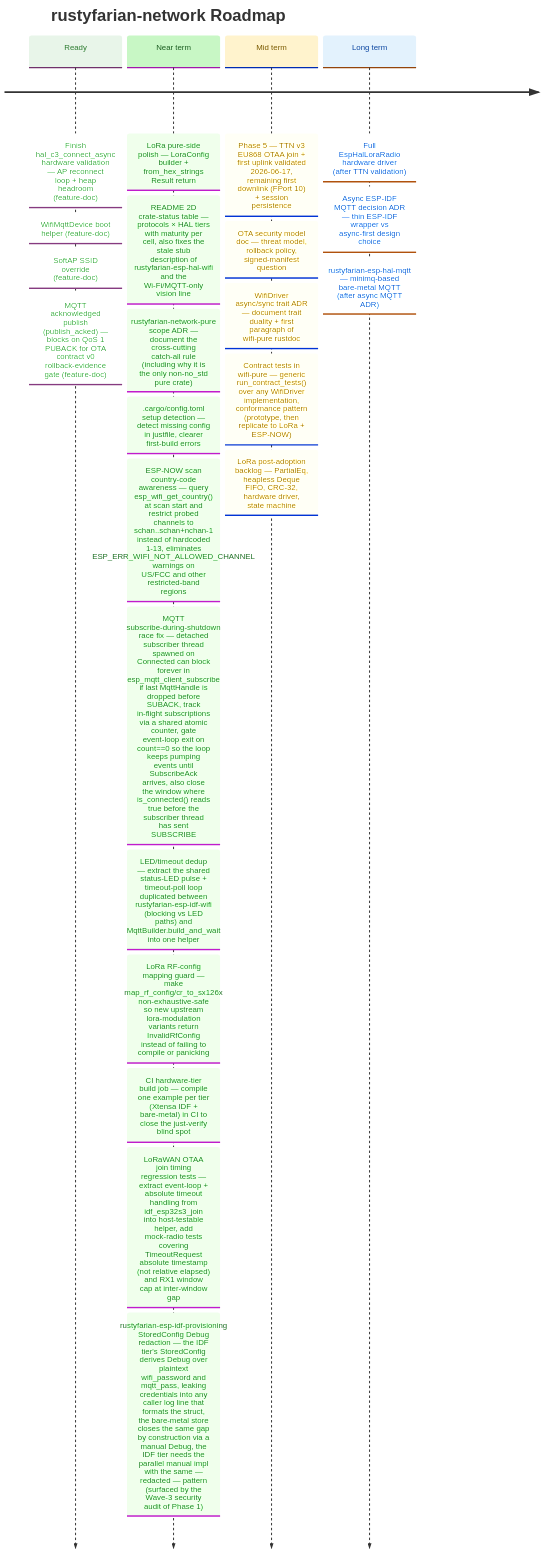
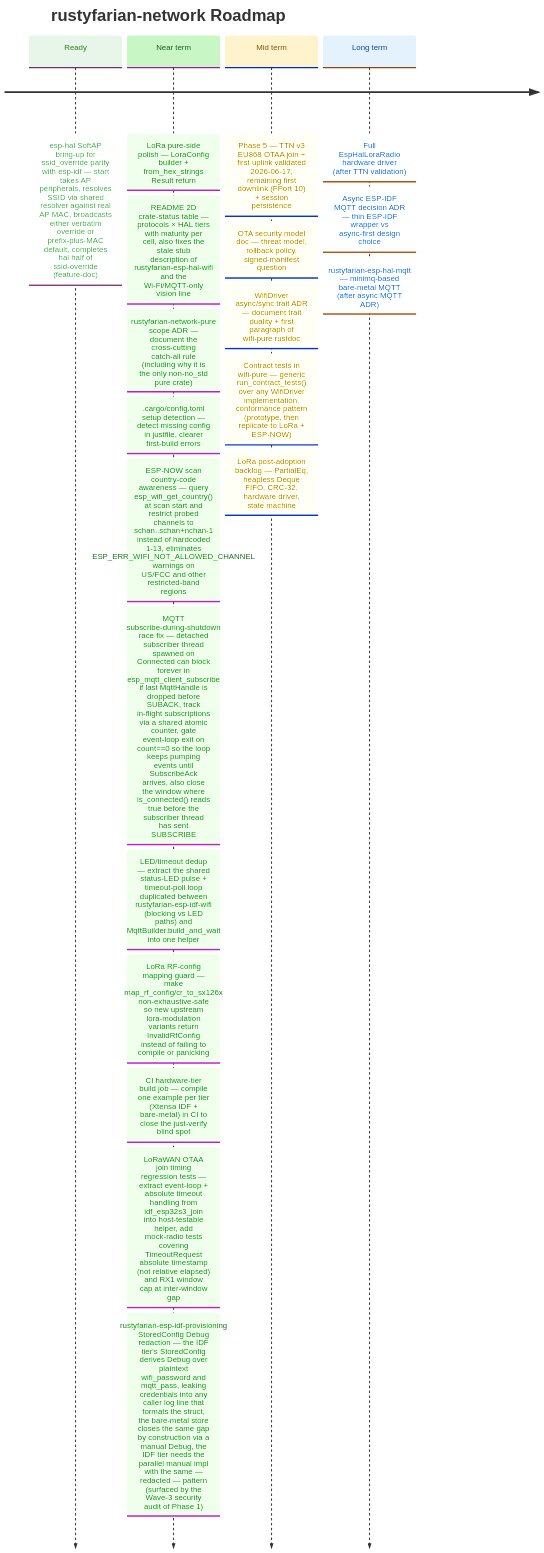
The diagram in docs/ROADMAP.md (datenkollektiv/rustyfarian-network), drawn with Mermaid before and after one commit. The commit also changed 4 other files, not shown here.

Commit message:
Roadmap Hygiene — 2026-06-16

````diff
--- a/docs/ROADMAP.md
+++ b/docs/ROADMAP.md
@@ -18,45 +18,42 @@
 ```mermaid
 %%{init: {
   "theme": "base",
   "themeVariables": {
     "cScale0": "#e8f5e9",
     "cScaleLabel0": "#2e7d32",
     "cScale1": "#c8f7c5",
     "cScaleLabel1": "#1b5e20",
     "cScale2": "#fff3cd",
     "cScaleLabel2": "#7a5a00",
     "cScale3": "#e3f2fd",
     "cScaleLabel3": "#0d47a1"
   }
 }}%%
 
 timeline
     title rustyfarian-network Roadmap
 
-    Ready     : Finish hal_c3_connect_async hardware validation — AP reconnect loop + heap headroom (feature-doc)
-              : WifiMqttDevice boot helper (feature-doc)
-              : SoftAP SSID override (feature-doc)
-              : MQTT acknowledged publish (publish_acked) — blocks on QoS 1 PUBACK for OTA contract v0 rollback-evidence gate (feature-doc)
+    Ready     : esp-hal SoftAP bring-up for ssid_override parity with esp-idf — start takes AP peripherals, resolves SSID via shared resolver against real AP MAC, broadcasts either verbatim override or prefix-plus-MAC default, completes hal half of ssid-override (feature-doc)
 
     Near term : LoRa pure-side polish — LoraConfig builder + from_hex_strings Result return
               : README 2D crate-status table — protocols × HAL tiers with maturity per cell, also fixes the stale stub description of rustyfarian-esp-hal-wifi and the Wi-Fi/MQTT-only vision line
               : rustyfarian-network-pure scope ADR — document the cross-cutting catch-all rule (including why it is the only non-no_std pure crate)
               : .cargo/config.toml setup detection — detect missing config in justfile, clearer first-build errors
               : ESP-NOW scan country-code awareness — query esp_wifi_get_country() at scan start and restrict probed channels to schan..schan+nchan-1 instead of hardcoded 1-13, eliminates ESP_ERR_WIFI_NOT_ALLOWED_CHANNEL warnings on US/FCC and other restricted-band regions
               : MQTT subscribe-during-shutdown race fix — detached subscriber thread spawned on Connected can block forever in esp_mqtt_client_subscribe if last MqttHandle is dropped before SUBACK, track in-flight subscriptions via a shared atomic counter, gate event-loop exit on count==0 so the loop keeps pumping events until SubscribeAck arrives, also close the window where is_connected() reads true before the subscriber thread has sent SUBSCRIBE
               : LED/timeout dedup — extract the shared status-LED pulse + timeout-poll loop duplicated between rustyfarian-esp-idf-wifi (blocking vs LED paths) and MqttBuilder.build_and_wait into one helper
               : LoRa RF-config mapping guard — make map_rf_config/cr_to_sx126x non-exhaustive-safe so new upstream lora-modulation variants return InvalidRfConfig instead of failing to compile or panicking
               : CI hardware-tier build job — compile one example per tier (Xtensa IDF + bare-metal) in CI to close the just-verify blind spot
               : LoRaWAN OTAA join timing regression tests — extract event-loop + absolute timeout handling from idf_esp32s3_join into host-testable helper, add mock-radio tests covering TimeoutRequest absolute timestamp (not relative elapsed) and RX1 window cap at inter-window gap
               : rustyfarian-esp-idf-provisioning StoredConfig Debug redaction — the IDF tier's StoredConfig derives Debug over plaintext wifi_password and mqtt_pass, leaking credentials into any caller log line that formats the struct, the bare-metal store closes the same gap by construction via a manual Debug, the IDF tier needs the parallel manual impl with the same — redacted — pattern (surfaced by the Wave-3 security audit of Phase 1)
 
     Mid term  : Phase 5 — TTN v3 EU868 OTAA join + first uplink validated 2026-06-17, remaining first downlink (FPort 10) + session persistence
               : OTA security model doc — threat model, rollback policy, signed-manifest question
               : WifiDriver async/sync trait ADR — document trait duality + first paragraph of wifi-pure rustdoc
               : Contract tests in wifi-pure — generic run_contract_tests() over any WifiDriver implementation, conformance pattern (prototype, then replicate to LoRa + ESP-NOW)
               : LoRa post-adoption backlog — PartialEq, heapless Deque FIFO, CRC-32, hardware driver, state machine
 
     Long term : Full EspHalLoraRadio hardware driver (after TTN validation)
               : Async ESP-IDF MQTT decision ADR — thin ESP-IDF wrapper vs async-first design choice
               : rustyfarian-esp-hal-mqtt — minimq-based bare-metal MQTT (after async MQTT ADR)
 ```
````
